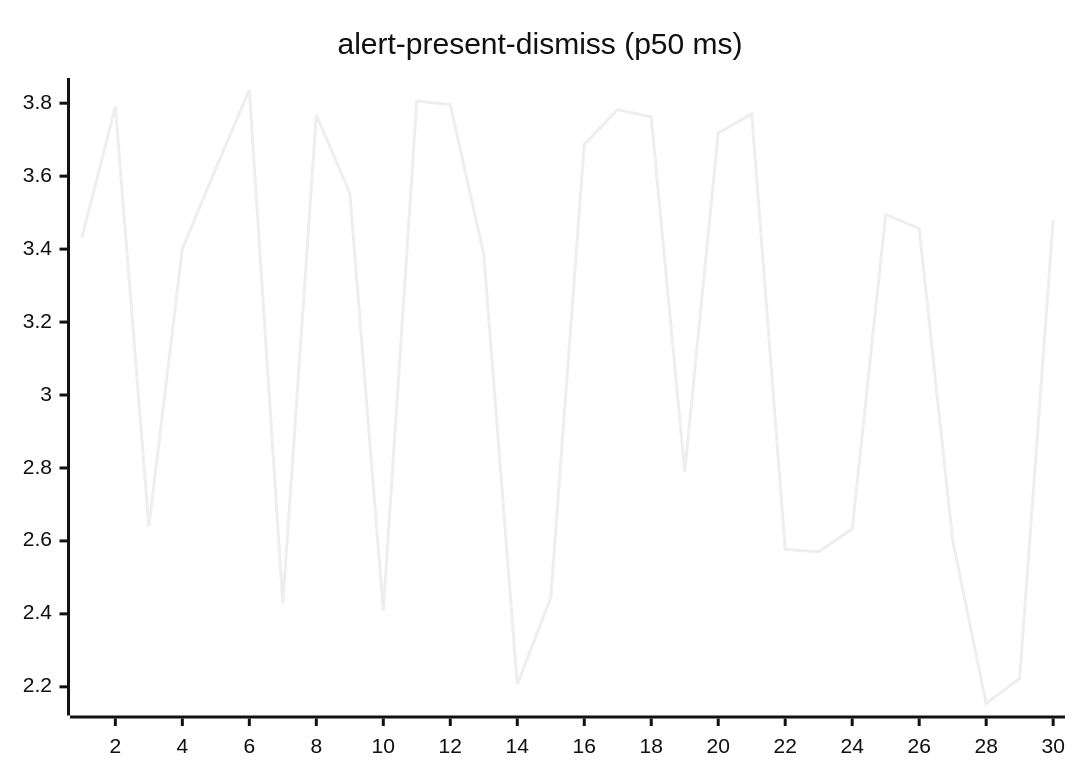
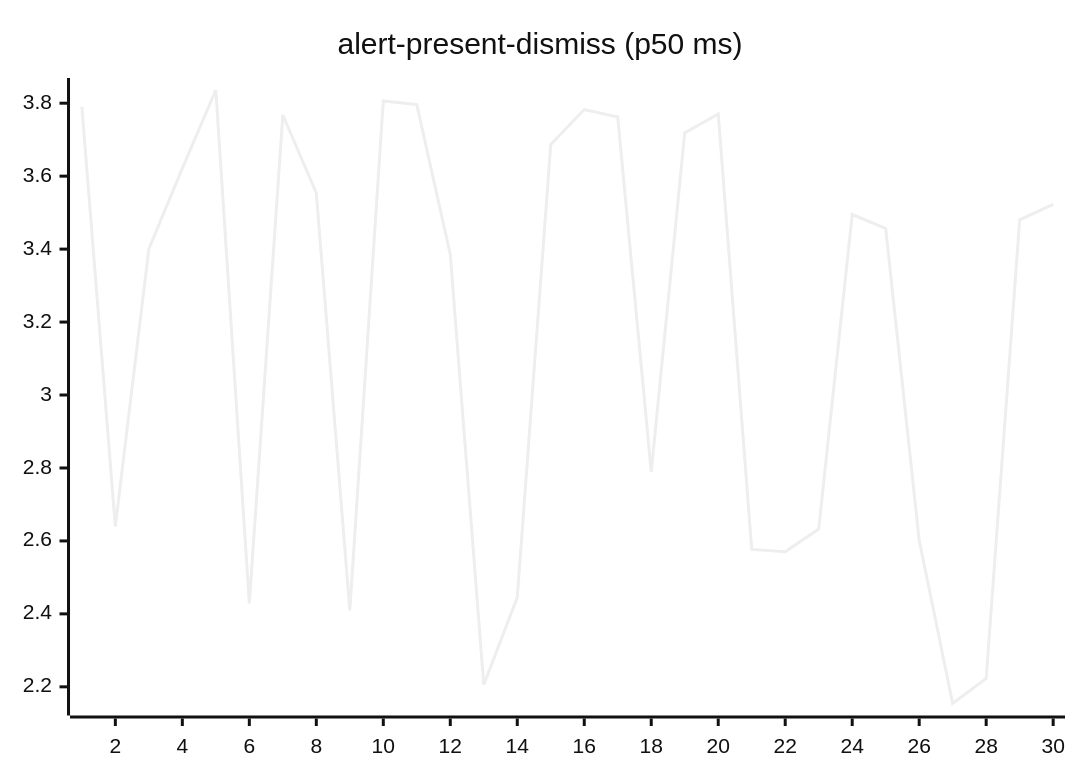
One commit to josha/Facet changed the second of 27 diagrams in README.md. Above: the diagram before and after it, drawn with Mermaid (neutral theme). The commit also changed other lines of this file and 2 other files, not shown here.

````diff
--- a/README.md
+++ b/README.md
@@ -70,6 +70,6 @@
 ```mermaid
 xychart-beta
     title "alert-present-dismiss (p50 ms)"
     x-axis 1 --> 30
-    line [3.4312, 3.7906, 2.6392, 3.4008, 3.6212, 3.8362, 2.4288, 3.7676, 3.5538, 2.4095, 3.8060, 3.7961, 3.3851, 2.2058, 2.4450, 3.6869, 3.7826, 3.7621, 2.7891, 3.7187, 3.7708, 2.5766, 2.5704, 2.6324, 3.4949, 3.4566, 2.6019, 2.1543, 2.2230, 3.4803]
+    line [3.7906, 2.6392, 3.4008, 3.6212, 3.8362, 2.4288, 3.7676, 3.5538, 2.4095, 3.8060, 3.7961, 3.3851, 2.2058, 2.4450, 3.6869, 3.7826, 3.7621, 2.7891, 3.7187, 3.7708, 2.5766, 2.5704, 2.6324, 3.4949, 3.4566, 2.6019, 2.1543, 2.2230, 3.4803, 3.5227]
 ```
````
